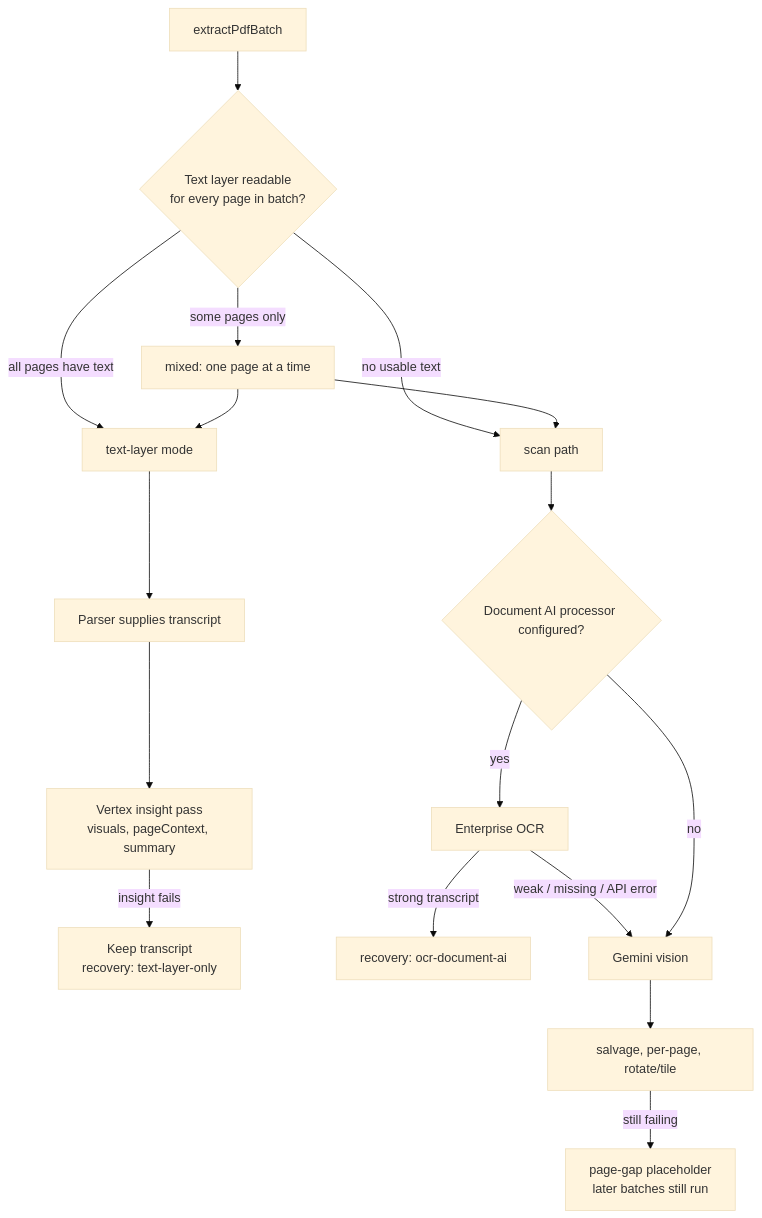
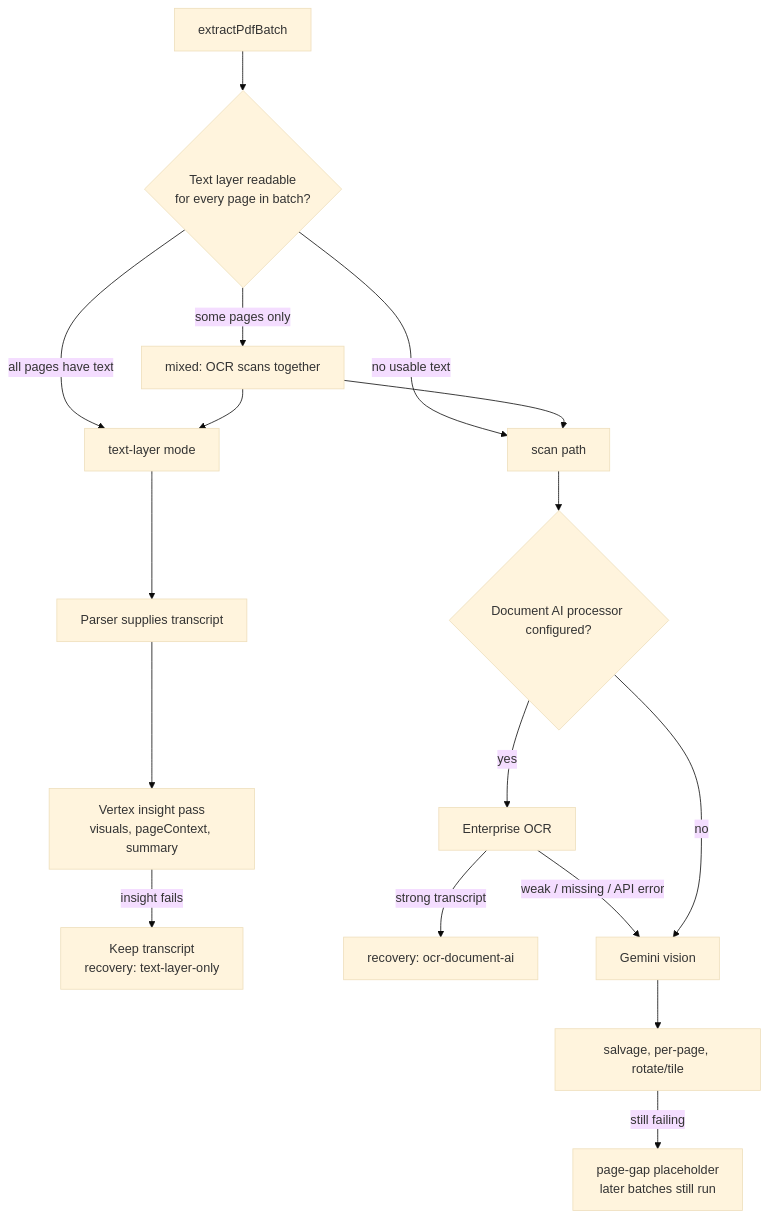
One commit to sachin-aag/andrei changed the fourth of 7 diagrams in docs/document-ingest-pipeline.md. Above: the diagram before and after it, drawn with Mermaid (base theme). The commit also changed other lines of this file and 9 other files, not shown here.

First line of the commit message:
OCR scans in 15-page parallel batches instead of Gemini's 3-page loop.

````diff
--- a/docs/document-ingest-pipeline.md
+++ b/docs/document-ingest-pipeline.md
@@ -96,22 +98,22 @@
 ```mermaid
 flowchart TD
   A["extractPdfBatch"] --> B{"Text layer readable<br/>for every page in batch?"}
   B -->|all pages have text| C["text-layer mode"]
   B -->|no usable text| D["scan path"]
-  B -->|some pages only| E["mixed: one page at a time"]
+  B -->|some pages only| E["mixed: OCR scans together"]
 
   C --> F["Parser supplies transcript"]
   F --> G["Vertex insight pass<br/>visuals, pageContext, summary"]
   G -->|insight fails| H["Keep transcript<br/>recovery: text-layer-only"]
 
   D --> OCR{"Document AI processor configured?"}
   OCR -->|yes| I["Enterprise OCR"]
   I -->|strong transcript| J["recovery: ocr-document-ai"]
   I -->|weak / missing / API error| K["Gemini vision"]
   OCR -->|no| K
   K --> L["salvage, per-page, rotate/tile"]
   L -->|still failing| M["page-gap placeholder<br/>later batches still run"]
 
   E --> C
   E --> D
 ```
````
